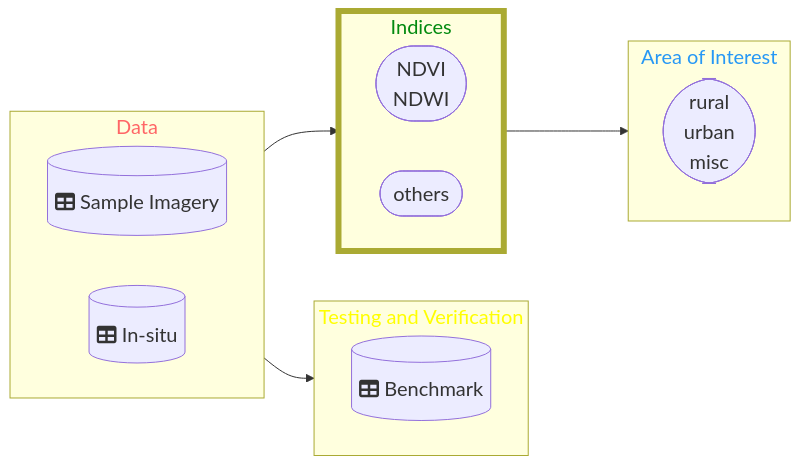
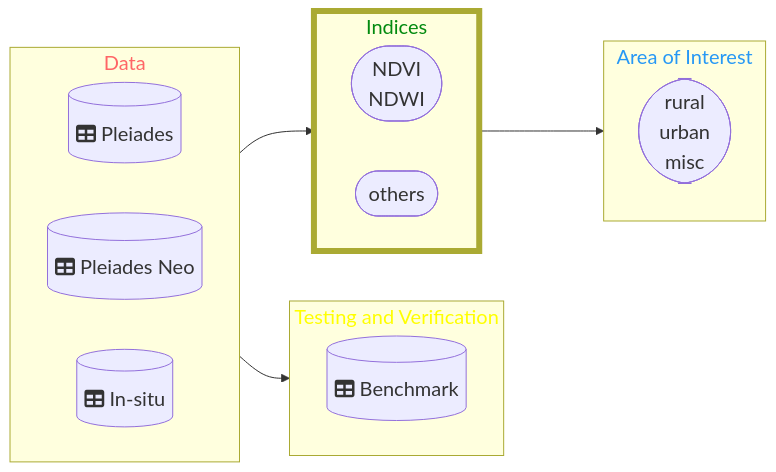
One commit to DippoldEJ/Feature-Detection-and-Explanation changed the diagram in Area-Features/README.md. Above: the diagram before and after it, drawn with Mermaid.

````diff
--- a/Area-Features/README.md
+++ b/Area-Features/README.md
@@ -14,39 +14,40 @@
 ```mermaid
 flowchart LR;
 %%{init: {
 	'themeVariables': { 'fontSize': '20px', 'fontFamily': 'Didot'}
 	}
 }%%
 
  subgraph n[Data]
         direction LR
-        h[(fa:fa-table Sample Imagery)]
+        h[(fa:fa-table Pleiades)]
+        b[(fa:fa-table Pleiades Neo)]
 		s[(fa:fa-table In-situ)]
     end
 
  subgraph q[Testing and Verification]
         direction LR
         r[(fa:fa-table Benchmark)]
     end
 
  subgraph o[Indices]
         direction LR
         j([NDVI <br /> NDWI])
         m([others])
     end
 
 subgraph p[Area of Interest]
     a([rural <br /> urban  <br />  misc])
     end
 
 style n color:#f66
 style o stroke-width:6px
 style o color:#028A0F
 style p color:#2798F5
 style q color:#FFFF00
 
 n-->o
 o-->p
 n-->q
 
 ```
````
